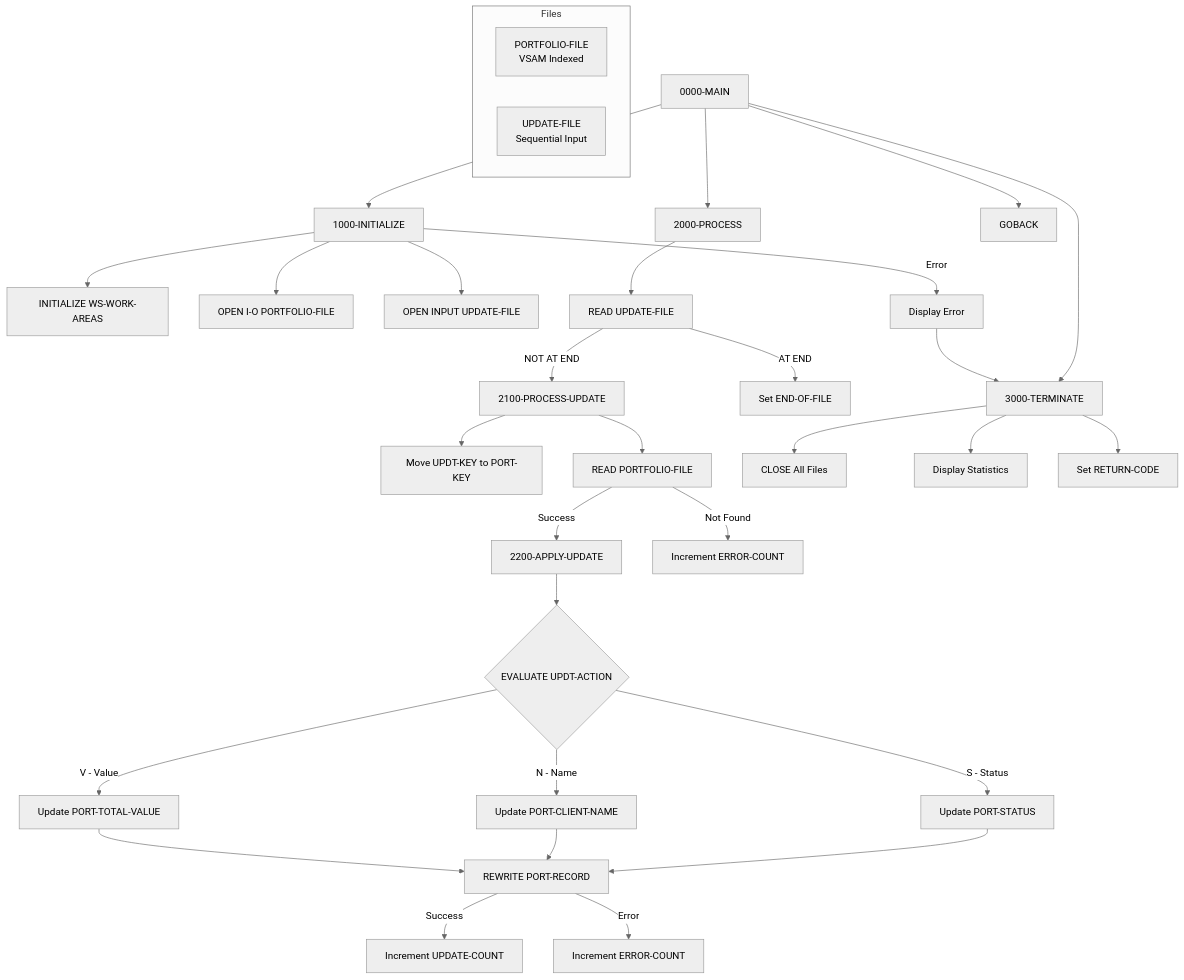
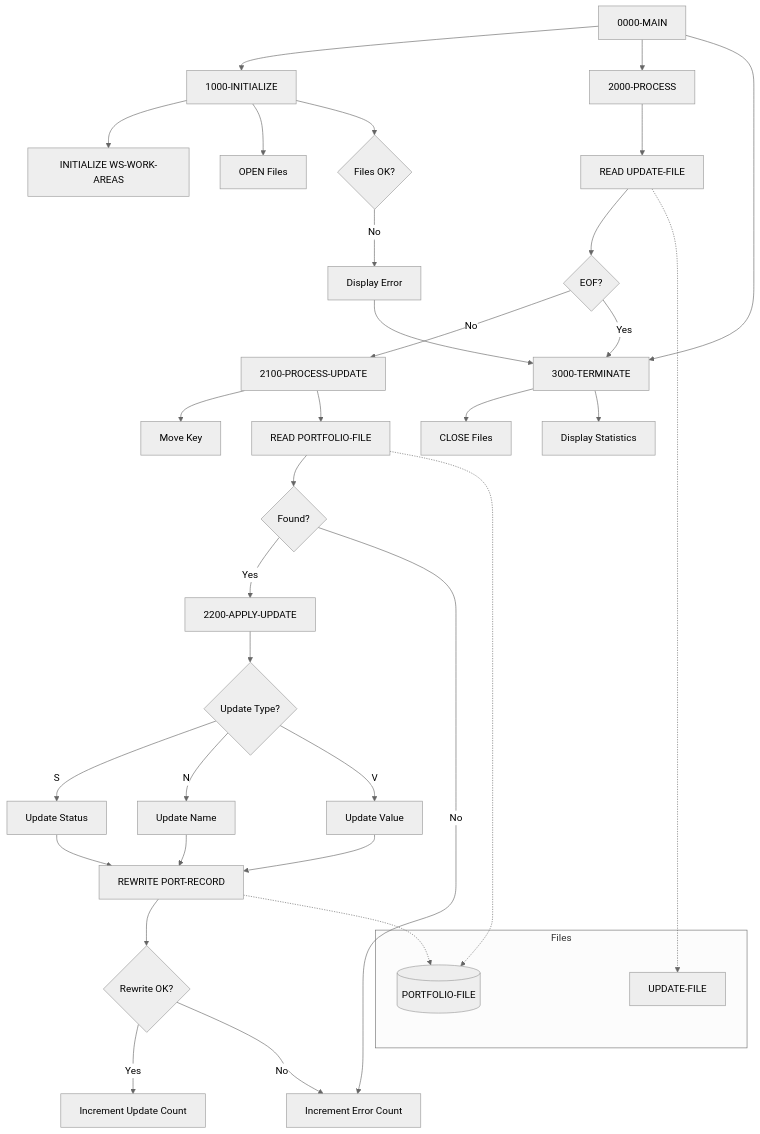
The diagram in docs/programs/PORTUPDT.mdx (haladir-com/legacy-benchmark-docs-vb70e1), drawn with Mermaid (neutral theme) before and after one commit. The commit also changed other lines of this file and 64 other files, not shown here.

````diff
--- a/docs/programs/PORTUPDT.mdx
+++ b/docs/programs/PORTUPDT.mdx
@@ -21,40 +16,48 @@
 ```mermaid
 graph TD
     A[0000-MAIN] --> B[1000-INITIALIZE]
     A --> C[2000-PROCESS]
     A --> D[3000-TERMINATE]
-    A --> E[GOBACK]
     
-    B --> B1[INITIALIZE WS-WORK-AREAS]
-    B --> B2[OPEN I-O PORTFOLIO-FILE]
-    B --> B3[OPEN INPUT UPDATE-FILE]
-    B -->|Error| B4[Display Error]
-    B4 --> D
+    B --> E[INITIALIZE WS-WORK-AREAS]
+    B --> F[OPEN Files]
+    B --> G{Files OK?}
+    G -->|No| H[Display Error]
+    H --> D
     
-    C --> C1[READ UPDATE-FILE]
-    C1 -->|AT END| C2[Set END-OF-FILE]
-    C1 -->|NOT AT END| C3[2100-PROCESS-UPDATE]
+    C --> I[READ UPDATE-FILE]
+    I --> J{EOF?}
+    J -->|No| K[2100-PROCESS-UPDATE]
+    J -->|Yes| D
     
-    C3 --> C4[Move UPDT-KEY to PORT-KEY]
-    C3 --> C5[READ PORTFOLIO-FILE]
-    C5 -->|Success| C6[2200-APPLY-UPDATE]
-    C5 -->|Not Found| C7[Increment ERROR-COUNT]
+    K --> L[Move Key]
+    K --> M[READ PORTFOLIO-FILE]
+    M --> N{Found?}
+    N -->|Yes| O[2200-APPLY-UPDATE]
+    N -->|No| P[Increment Error Count]
     
-    C6 --> C8{EVALUATE UPDT-ACTION}
-    C8 -->|S - Status| C9[Update PORT-STATUS]
-    C8 -->|N - Name| C10[Update PORT-CLIENT-NAME]
-    C8 -->|V - Value| C11[Update PORT-TOTAL-VALUE]
+    O --> Q{Update Type?}
+    Q -->|S| R[Update Status]
+    Q -->|N| S[Update Name]
+    Q -->|V| T[Update Value]
     
-    C9 & C10 & C11 --> C12[REWRITE PORT-RECORD]
-    C12 -->|Success| C13[Increment UPDATE-COUNT]
-    C12 -->|Error| C14[Increment ERROR-COUNT]
+    R --> U[REWRITE PORT-RECORD]
+    S --> U
+    T --> U
     
-    D --> D1[CLOSE All Files]
-    D --> D2[Display Statistics]
-    D --> D3[Set RETURN-CODE]
+    U --> V{Rewrite OK?}
+    V -->|Yes| W[Increment Update Count]
+    V -->|No| P
+    
+    D --> X[CLOSE Files]
+    D --> Y[Display Statistics]
     
     subgraph "Files"
-        F1[PORTFOLIO-FILE<br/>VSAM Indexed]
-        F2[UPDATE-FILE<br/>Sequential Input]
+        Z[(PORTFOLIO-FILE)]
+        AA[UPDATE-FILE]
     end
+    
+    M -.-> Z
+    U -.-> Z
+    I -.-> AA
 ```
````
